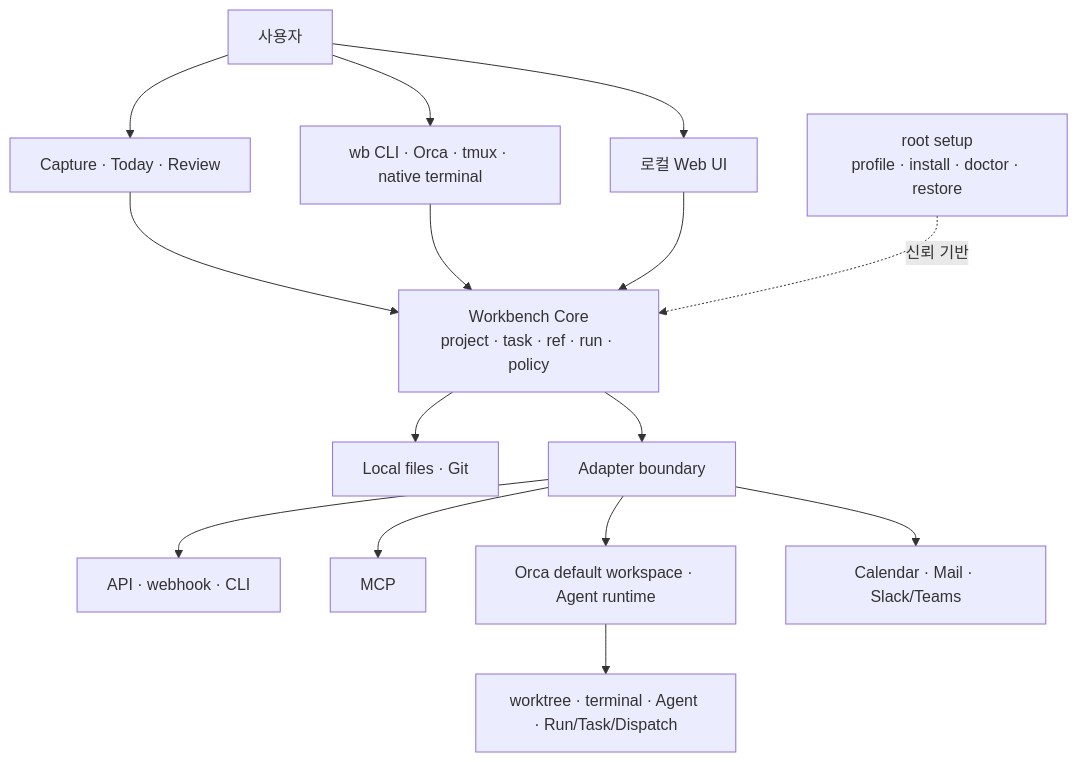
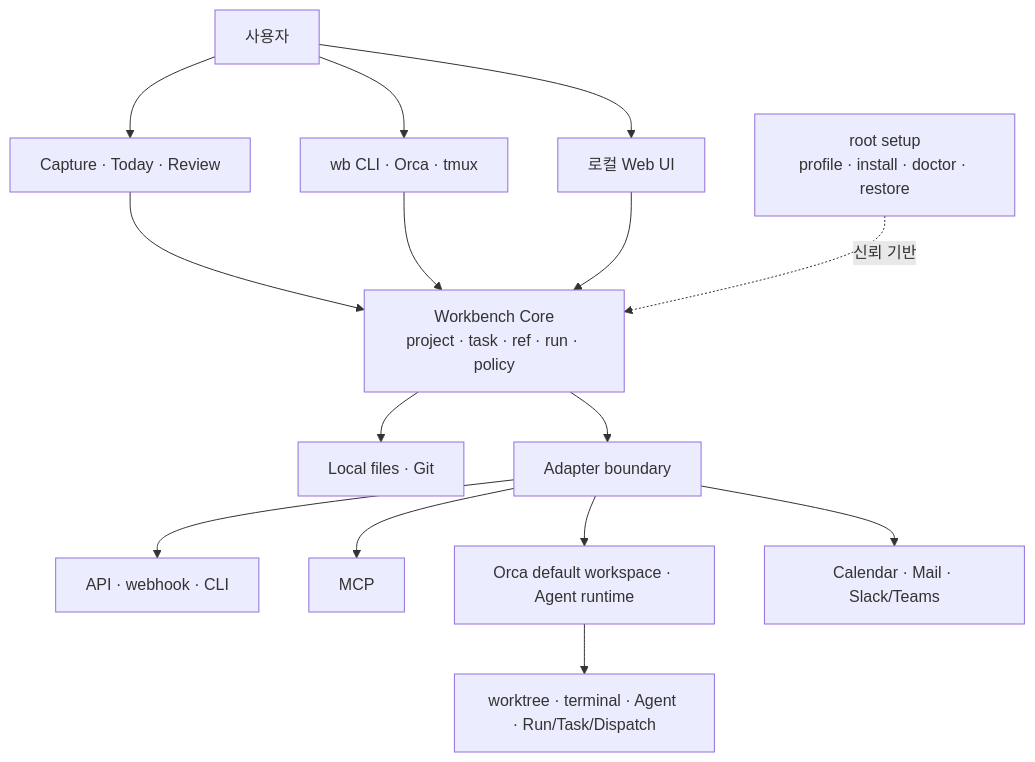
Before and after one commit to jisung9870/dev-env-setup: the diagram in plan/PRODUCT-PLAN.md, drawn with Mermaid. The commit also changed other lines of this file and 7 other files, not shown here.

````diff
--- a/plan/PRODUCT-PLAN.md
+++ b/plan/PRODUCT-PLAN.md
@@ -140,17 +141,17 @@
 ```mermaid
 flowchart TB
     U["사용자"] --> C["Capture · Today · Review"]
-    U --> X["wb CLI · Orca · tmux · native terminal"]
+    U --> X["wb CLI · Orca · tmux"]
     U --> UI["로컬 Web UI"]
     C --> CORE["Workbench Core\nproject · task · ref · run · policy"]
     X --> CORE
     UI --> CORE
     SETUP["root setup\nprofile · install · doctor · restore"] -. "신뢰 기반" .-> CORE
     CORE --> FS["Local files · Git"]
     CORE --> AD["Adapter boundary"]
     AD --> API["API · webhook · CLI"]
     AD --> MCP["MCP"]
     AD --> ORCA["Orca default workspace · Agent runtime"]
     AD --> OTHER["Calendar · Mail · Slack/Teams"]
     ORCA --> AG["worktree · terminal · Agent · Run/Task/Dispatch"]
 ```
````
